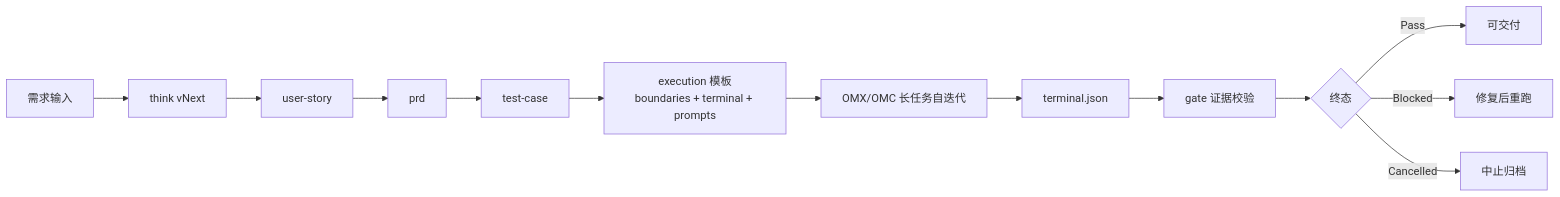
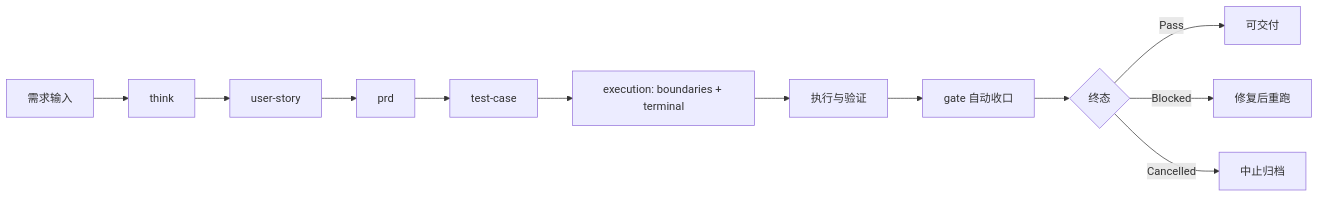
The diagram in README.md (justin-mc-lai/product-toolkit), drawn with Mermaid before and after one commit. The commit also changed other lines of this file and 6 other files, not shown here.

````diff
--- a/README.md
+++ b/README.md
@@ -84,15 +128,14 @@
 ```mermaid
 flowchart LR
-    A[需求输入] --> B[think vNext]
-    B --> C[user-story]
-    C --> D[prd]
-    D --> E[test-case]
-    E --> F[execution 模板\nboundaries + terminal + prompts]
-    F --> G[OMX/OMC 长任务自迭代]
-    G --> H[terminal.json]
-    H --> I[gate 证据校验]
-    I --> J{终态}
-    J -->|Pass| K[可交付]
-    J -->|Blocked| L[修复后重跑]
-    J -->|Cancelled| M[中止归档]
+  A[需求输入] --> B[think]
+  B --> C[user-story]
+  C --> D[prd]
+  D --> E[test-case]
+  E --> F[execution: boundaries + terminal]
+  F --> G[执行与验证]
+  G --> H[gate 自动收口]
+  H --> I{终态}
+  I -->|Pass| J[可交付]
+  I -->|Blocked| K[修复后重跑]
+  I -->|Cancelled| L[中止归档]
 ```
````
